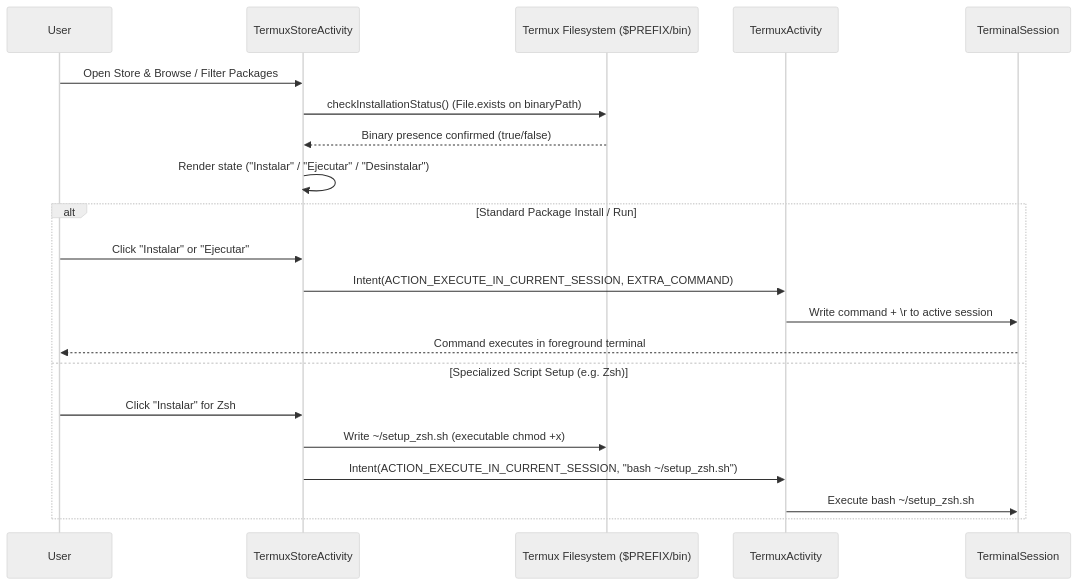
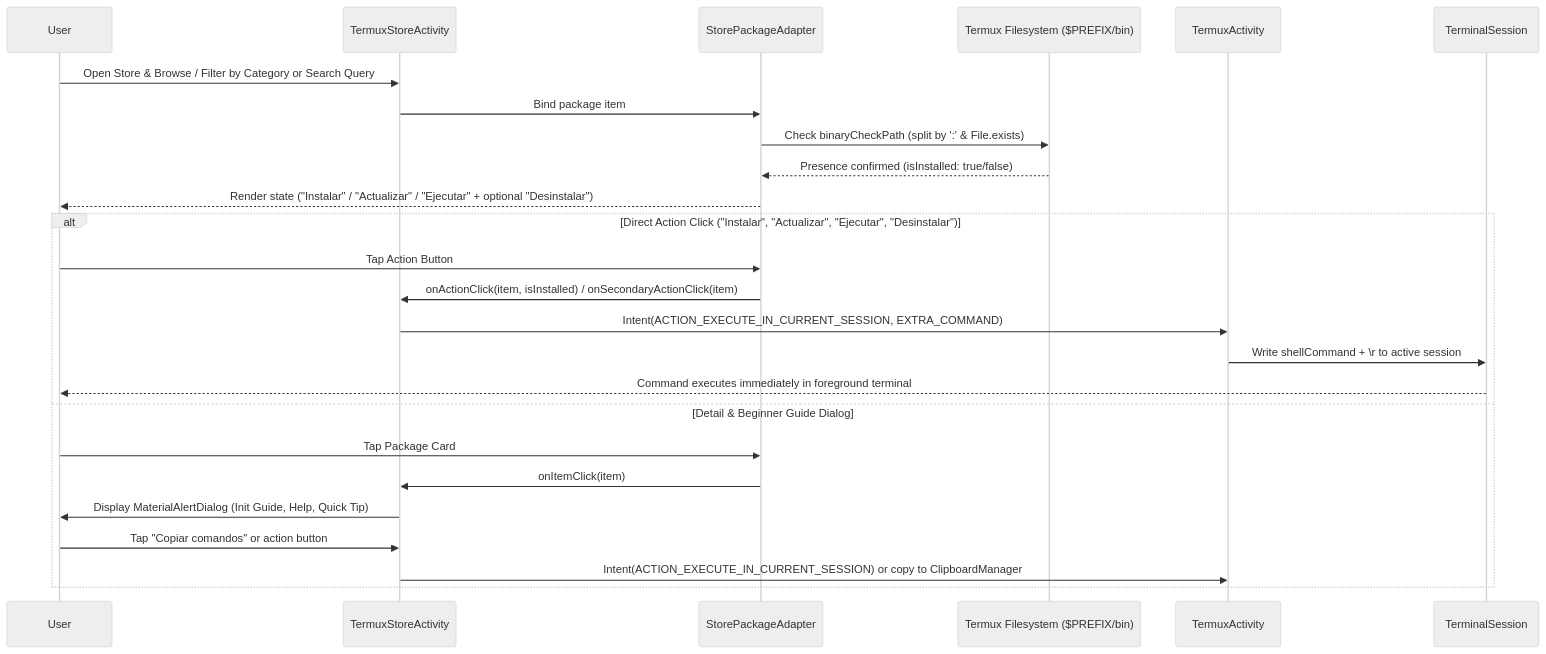
One commit to 1-calculadoranutricional/termux-app changed the diagram in openwiki/workflows/package-management-and-store.md. Above: the diagram before and after it, drawn with Mermaid (neutral theme). The commit also changed other lines of this file and 12 other files, not shown here.

````diff
--- a/openwiki/workflows/package-management-and-store.md
+++ b/openwiki/workflows/package-management-and-store.md
@@ -27,25 +27,29 @@
 ```mermaid
 sequenceDiagram
     participant User as User
     participant Store as TermuxStoreActivity
+    participant Adapter as StorePackageAdapter
     participant FS as Termux Filesystem ($PREFIX/bin)
     participant Act as TermuxActivity
     participant Term as TerminalSession
 
-    User->>Store: Open Store & Browse / Filter Packages
-    Store->>FS: checkInstallationStatus() (File.exists on binaryPath)
-    FS-->>Store: Binary presence confirmed (true/false)
-    Store->>Store: Render state ("Instalar" / "Ejecutar" / "Desinstalar")
+    User->>Store: Open Store & Browse / Filter by Category or Search Query
+    Store->>Adapter: Bind package item
+    Adapter->>FS: Check binaryCheckPath (split by ':' & File.exists)
+    FS-->>Adapter: Presence confirmed (isInstalled: true/false)
+    Adapter-->>User: Render state ("Instalar" / "Actualizar" / "Ejecutar" + optional "Desinstalar")
 
-    alt Standard Package Install / Run
-        User->>Store: Click "Instalar" or "Ejecutar"
+    alt Direct Action Click ("Instalar", "Actualizar", "Ejecutar", "Desinstalar")
+        User->>Adapter: Tap Action Button
+        Adapter->>Store: onActionClick(item, isInstalled) / onSecondaryActionClick(item)
         Store->>Act: Intent(ACTION_EXECUTE_IN_CURRENT_SESSION, EXTRA_COMMAND)
-        Act->>Term: Write command + \r to active session
-        Term-->>User: Command executes in foreground terminal
-    else Specialized Script Setup (e.g. Zsh)
-        User->>Store: Click "Instalar" for Zsh
-        Store->>FS: Write ~/setup_zsh.sh (executable chmod +x)
-        Store->>Act: Intent(ACTION_EXECUTE_IN_CURRENT_SESSION, "bash ~/setup_zsh.sh")
-        Act->>Term: Execute bash ~/setup_zsh.sh
+        Act->>Term: Write shellCommand + \r to active session
+        Term-->>User: Command executes immediately in foreground terminal
+    else Detail & Beginner Guide Dialog
+        User->>Adapter: Tap Package Card
+        Adapter->>Store: onItemClick(item)
+        Store->>User: Display MaterialAlertDialog (Init Guide, Help, Quick Tip)
+        User->>Store: Tap "Copiar comandos" or action button
+        Store->>Act: Intent(ACTION_EXECUTE_IN_CURRENT_SESSION) or copy to ClipboardManager
     end
 ```
````
